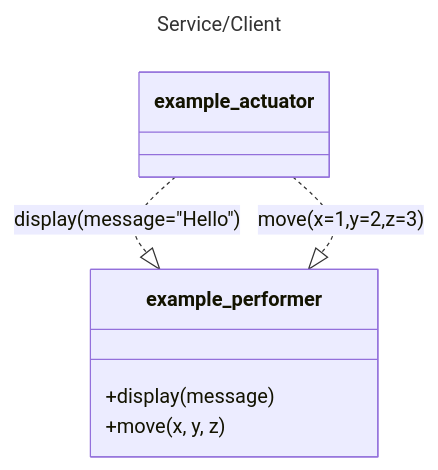
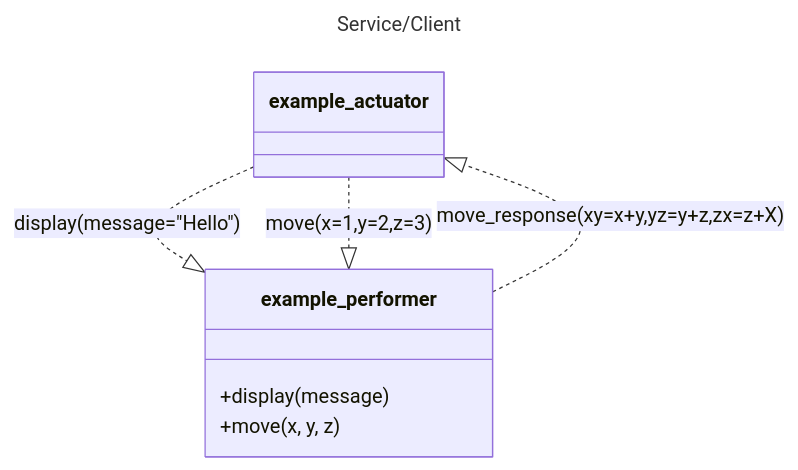
The third of 5 diagrams in README.md (PYBrulin/axone), drawn with Mermaid before and after one commit. The commit also changed other lines of this file and 9 other files, not shown here.

````diff
--- a/README.md
+++ b/README.md
@@ -105,14 +105,15 @@
 ```mermaid
 ---
 title: Service/Client
 ---
 classDiagram
     class example_actuator
     class example_performer{
         +display(message)
         +move(x, y, z)
     }
 
     example_actuator ..|> example_performer : display(message="Hello")
     example_actuator ..|> example_performer : move(x=1,y=2,z=3)
+    example_performer ..|> example_actuator : move_response(xy=x+y,yz=y+z,zx=z+X)
 ```
````
